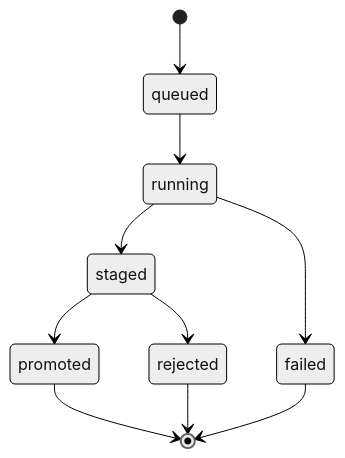
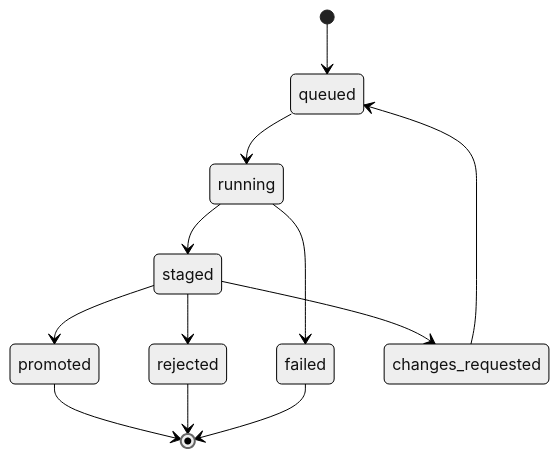
One commit to arc-pbc-co/hal-9000 changed the diagram in docs/development/HAL_REBUILD_PLAN.md. Above: the diagram before and after it, drawn with Mermaid (neutral theme). The commit also changed other lines of this file and 7 other files, not shown here.

````diff
--- a/docs/development/HAL_REBUILD_PLAN.md
+++ b/docs/development/HAL_REBUILD_PLAN.md
@@ -228,12 +230,14 @@
 ```mermaid
 stateDiagram-v2
   [*] --> queued
   queued --> running
   running --> staged
   running --> failed
   staged --> promoted
   staged --> rejected
+  staged --> changes_requested
+  changes_requested --> queued
   promoted --> [*]
   rejected --> [*]
   failed --> [*]
 ```
````
